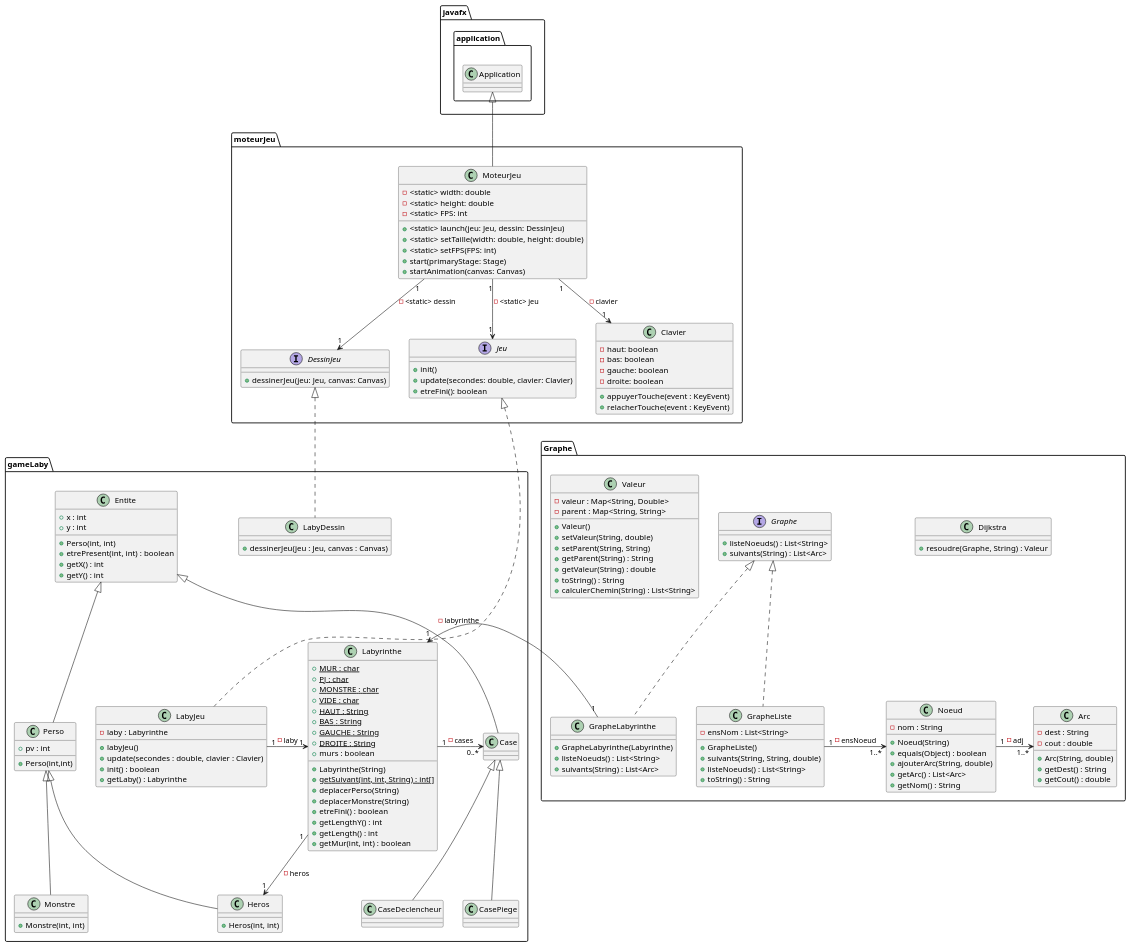
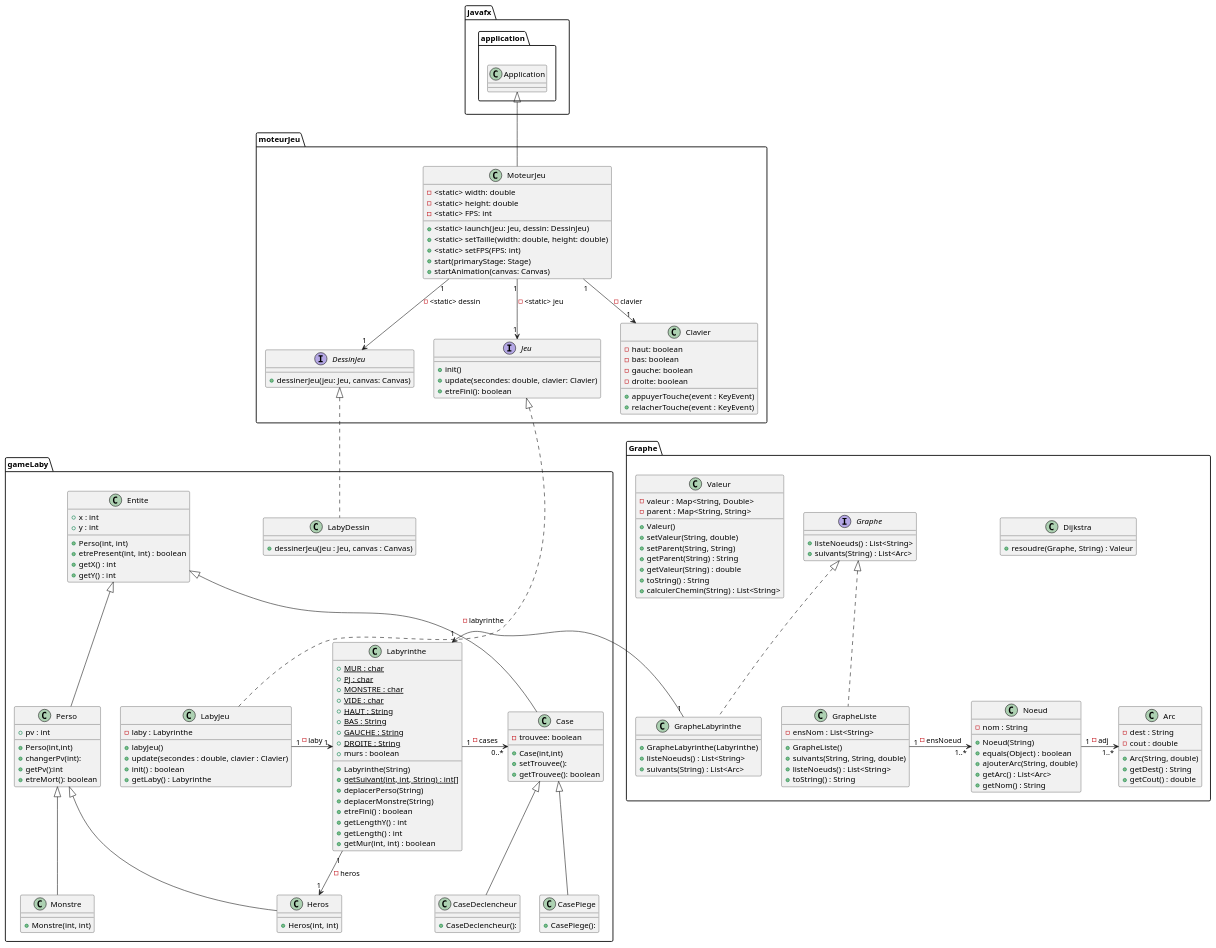
Before and after one commit to Stephane-Lpt/SAE_2.01_Zeldiablo: the diagram in documents/version_3/nouvelleConceptionEntites.puml, drawn with PlantUML.

Commit message:
Modification : Oubli de méthodes dans les classes Cases et Perso

```diff
--- a/documents/version_3/nouvelleConceptionEntites.puml
+++ b/documents/version_3/nouvelleConceptionEntites.puml
@@ -98,6 +98,9 @@
 class Perso{
     + pv : int
     + Perso(int,int)
+    + changerPv(int):
+    + getPv():int
+    + etreMort(): boolean
 }
 
 class Monstre{
@@ -109,15 +112,18 @@
 }
 
 class Case{
-
+    - trouvee: boolean
+    + Case(int,int)
+    + setTrouvee():
+    + getTrouvee(): boolean
 }
 
 class CasePiege{
-
+    + CasePiege():
 }
 
 class CaseDeclencheur{
-
+    + CaseDeclencheur():
 }
 
 
```
